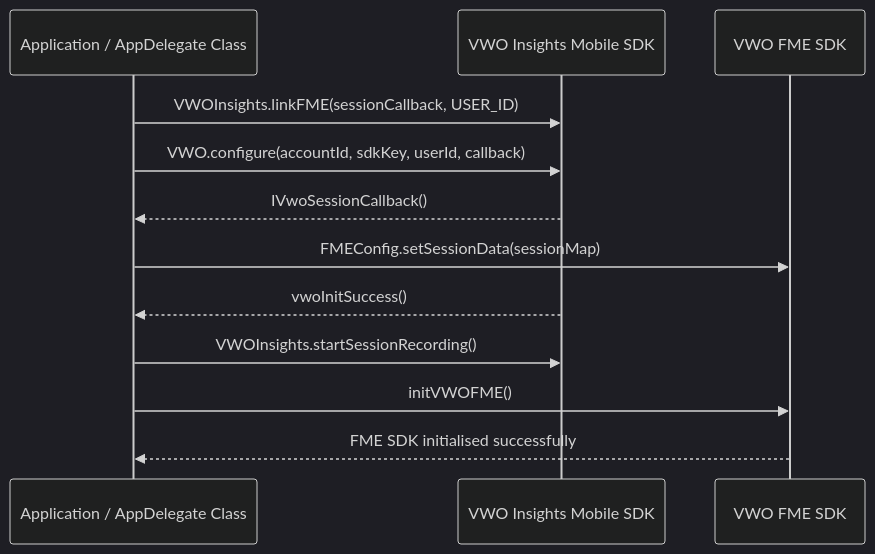
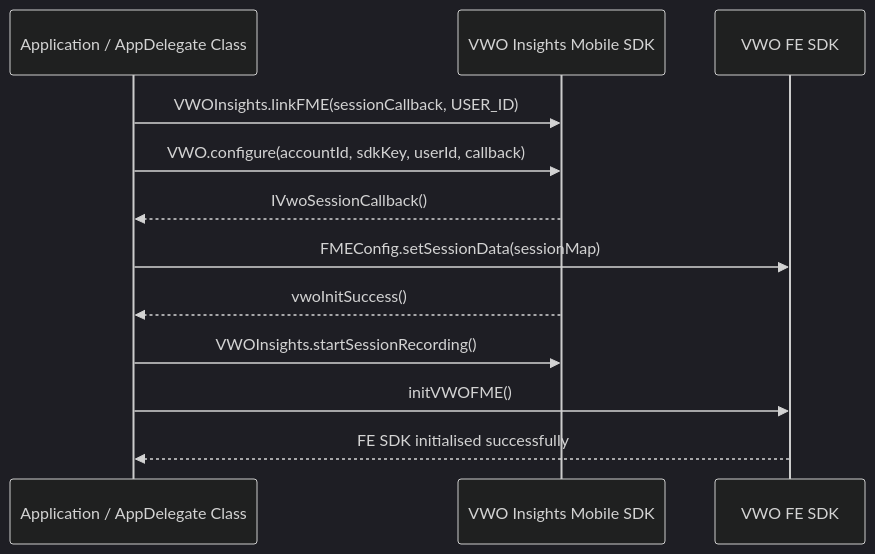
Before and after one commit to wingify/readme-central: the diagram in docs/Integrations/fme-analytics-integrations/fme-integrations-vwo-insights-mobile.md, drawn with Mermaid (dark theme). The commit also changed other lines of this file and 163 other files, not shown here.

````diff
--- a/docs/Integrations/fme-analytics-integrations/fme-integrations-vwo-insights-mobile.md
+++ b/docs/Integrations/fme-analytics-integrations/fme-integrations-vwo-insights-mobile.md
@@ -195,16 +195,16 @@
 ```mermaid
 sequenceDiagram
     participant App as Application / AppDelegate Class
     participant VWO as VWO Insights Mobile SDK
-    participant FME as VWO FME SDK
+    participant FE as VWO FE SDK
 
     App->>VWO: VWOInsights.linkFME(sessionCallback, USER_ID)
     App->>VWO: VWO.configure(accountId, sdkKey, userId, callback)
     VWO-->>App: IVwoSessionCallback()
-    App->>FME: FMEConfig.setSessionData(sessionMap)
+    App->>FE: FMEConfig.setSessionData(sessionMap)
     VWO-->>App: vwoInitSuccess()
     App->>VWO: VWOInsights.startSessionRecording()
-    App->>FME: initVWOFME()
-    FME-->>App: FME SDK initialised successfully
+    App->>FE: initVWOFME()
+    FE-->>App: FE SDK initialised successfully
 
 ```
````
